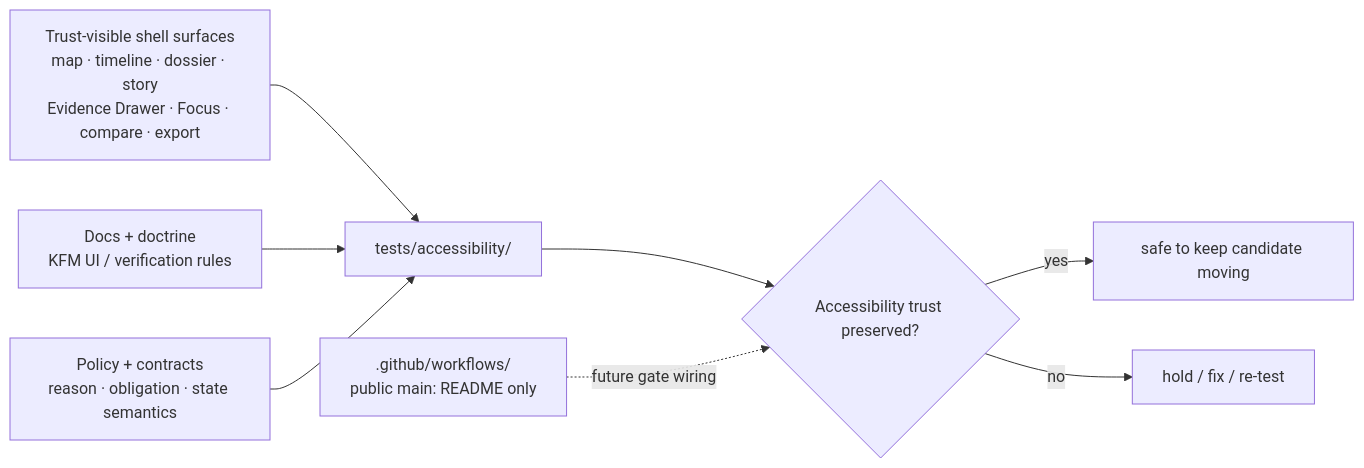
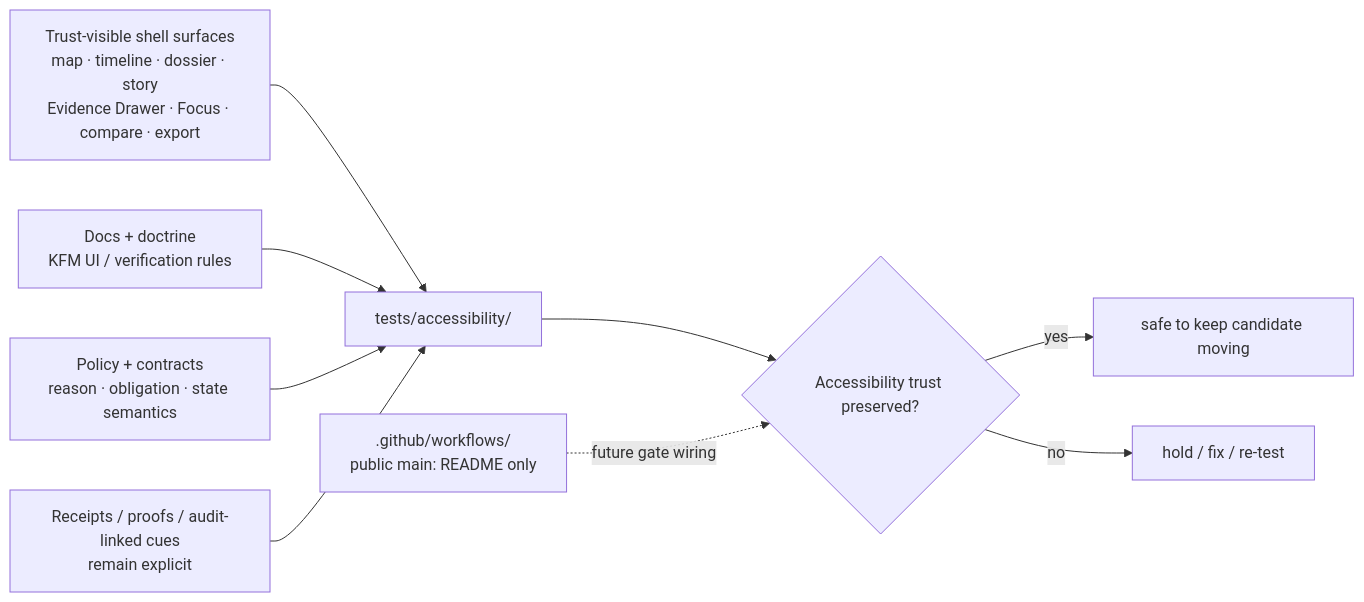
The diagram in tests/accessibility/README.md (bartytime4life/Kansas-Frontier-Matrix), drawn with Mermaid before and after one commit. The commit also changed other lines of this file, not shown here.

````diff
--- a/tests/accessibility/README.md
+++ b/tests/accessibility/README.md
@@ -231,19 +372,21 @@
 ```mermaid
 flowchart LR
     S["Trust-visible shell surfaces<br/>map · timeline · dossier · story<br/>Evidence Drawer · Focus · compare · export"]
     D["Docs + doctrine<br/>KFM UI / verification rules"]
     P["Policy + contracts<br/>reason · obligation · state semantics"]
+    T["Receipts / proofs / audit-linked cues<br/>remain explicit"]
     A["tests/accessibility/"]
     W[".github/workflows/<br/>public main: README only"]
     G{"Accessibility trust preserved?"}
     OK["safe to keep candidate moving"]
     FIX["hold / fix / re-test"]
 
     S --> A
     D --> A
     P --> A
+    T --> A
     A --> G
     W -. future gate wiring .-> G
     G -->|yes| OK
     G -->|no| FIX
 ```
````
